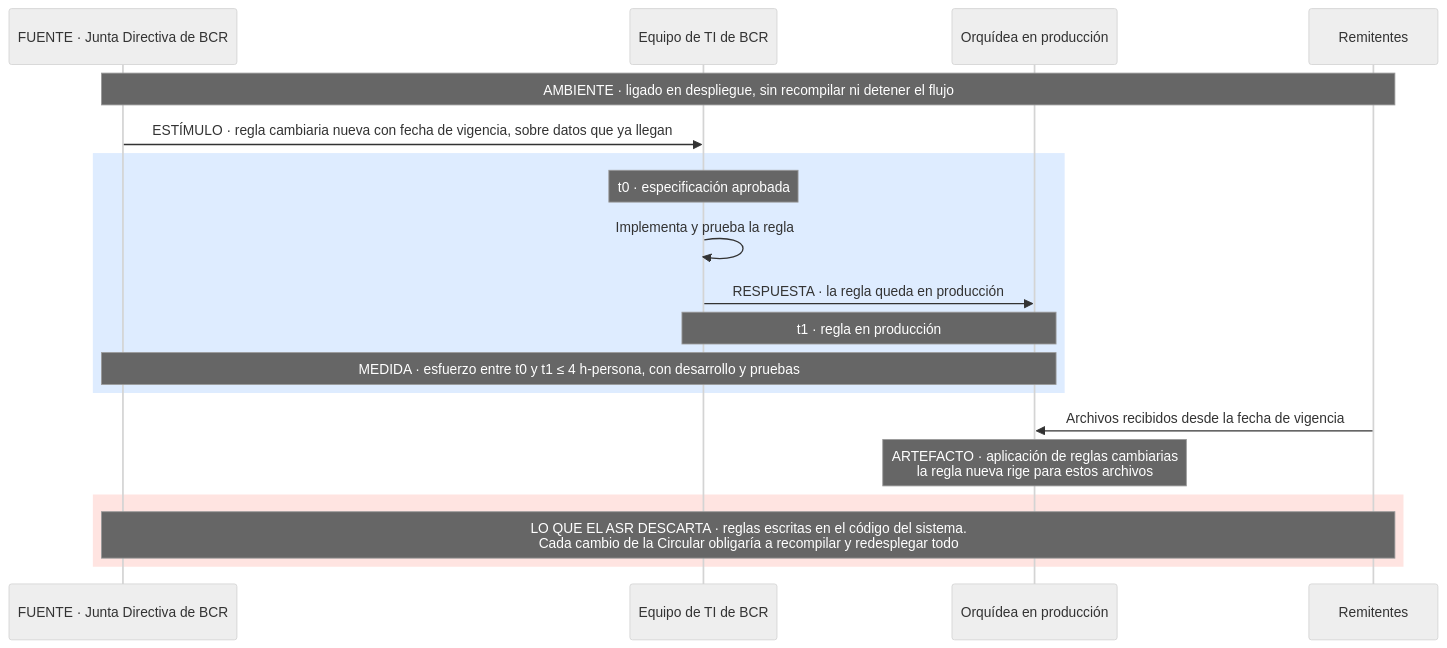
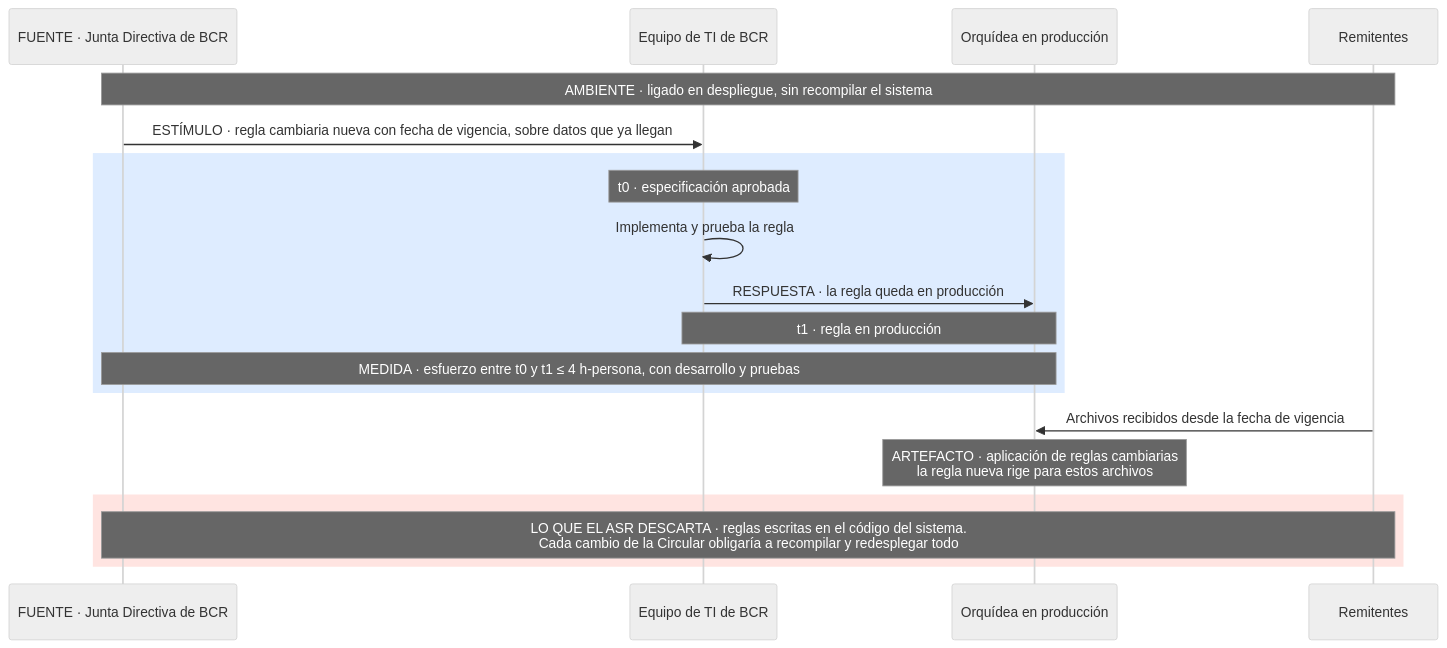
Before and after one commit to MATI-MBIT/arqsoft-reto-4: the fourth of 17 diagrams in docs/quality-attributes.md, drawn with Mermaid (neutral theme). The commit also changed other lines of this file and 2 other files, not shown here.

````diff
--- a/docs/quality-attributes.md
+++ b/docs/quality-attributes.md
@@ -294,21 +294,21 @@
 ```mermaid
 sequenceDiagram
     participant J as FUENTE · Junta Directiva de BCR
     participant T as Equipo de TI de BCR
     participant O as Orquídea en producción
     participant R as Remitentes
-    Note over J,R: AMBIENTE · ligado en despliegue, sin recompilar ni detener el flujo
+    Note over J,R: AMBIENTE · ligado en despliegue, sin recompilar el sistema
     J->>T: ESTÍMULO · regla cambiaria nueva con fecha de vigencia, sobre datos que ya llegan
     rect rgb(222, 236, 255)
     Note over T: t0 · especificación aprobada
     T->>T: Implementa y prueba la regla
     T->>O: RESPUESTA · la regla queda en producción
     Note over T,O: t1 · regla en producción
     Note over J,O: MEDIDA · esfuerzo entre t0 y t1 ≤ 4 h-persona, con desarrollo y pruebas
     end
     R->>O: Archivos recibidos desde la fecha de vigencia
     Note over O: ARTEFACTO · aplicación de reglas cambiarias<br/>la regla nueva rige para estos archivos
     rect rgb(255, 228, 225)
     Note over J,R: LO QUE EL ASR DESCARTA · reglas escritas en el código del sistema.<br/>Cada cambio de la Circular obligaría a recompilar y redesplegar todo
     end
 ```
````
